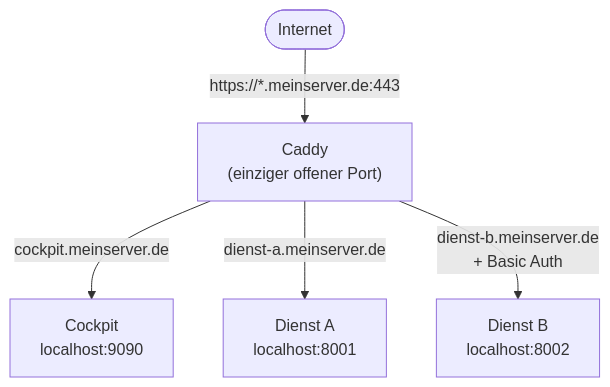
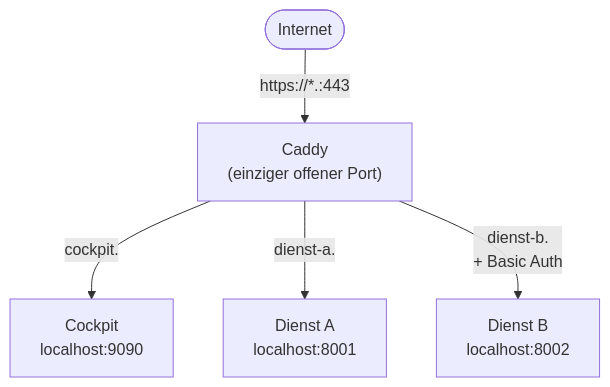
The diagram in Lab_04.md (Lotter69/2026_02_linux), drawn with Mermaid before and after one commit. The commit also changed 1 other file, not shown here.

Commit message:
meinserver.de durch <IHRE-DOMAIN> ersetzt.

````diff
--- a/Lab_04.md
+++ b/Lab_04.md
@@ -576,7 +576,7 @@
 ```mermaid
 flowchart TD
-    Internet(["Internet"]) -->|"https://*.meinserver.de:443"| Caddy["Caddy<br/>(einziger offener Port)"]
-    Caddy -->|"cockpit.meinserver.de"| Cockpit["Cockpit<br/>localhost:9090"]
-    Caddy -->|"dienst-a.meinserver.de"| DienstA["Dienst A<br/>localhost:8001"]
-    Caddy -->|"dienst-b.meinserver.de<br/>+ Basic Auth"| DienstB["Dienst B<br/>localhost:8002"]
+    Internet(["Internet"]) -->|"https://*.<IHRE-DOMAIN>:443"| Caddy["Caddy<br/>(einziger offener Port)"]
+    Caddy -->|"cockpit.<IHRE-DOMAIN>"| Cockpit["Cockpit<br/>localhost:9090"]
+    Caddy -->|"dienst-a.<IHRE-DOMAIN>"| DienstA["Dienst A<br/>localhost:8001"]
+    Caddy -->|"dienst-b.<IHRE-DOMAIN><br/>+ Basic Auth"| DienstB["Dienst B<br/>localhost:8002"]
 ```
````
